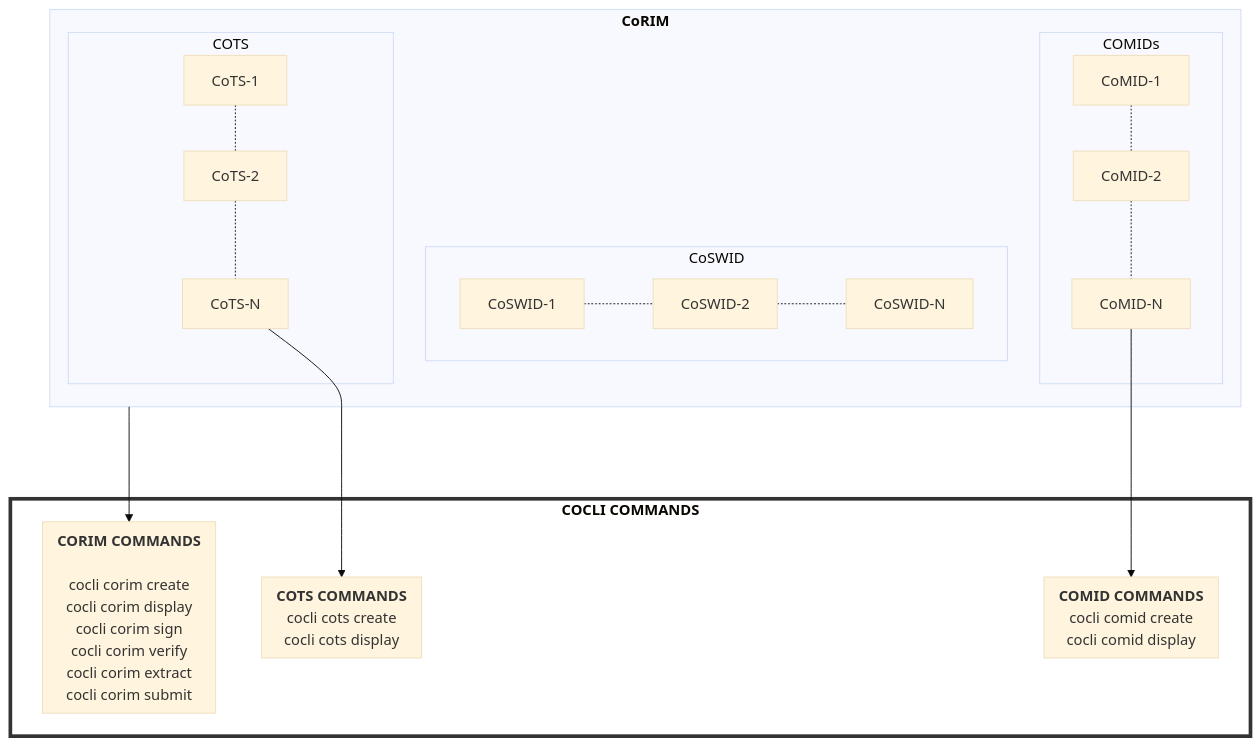
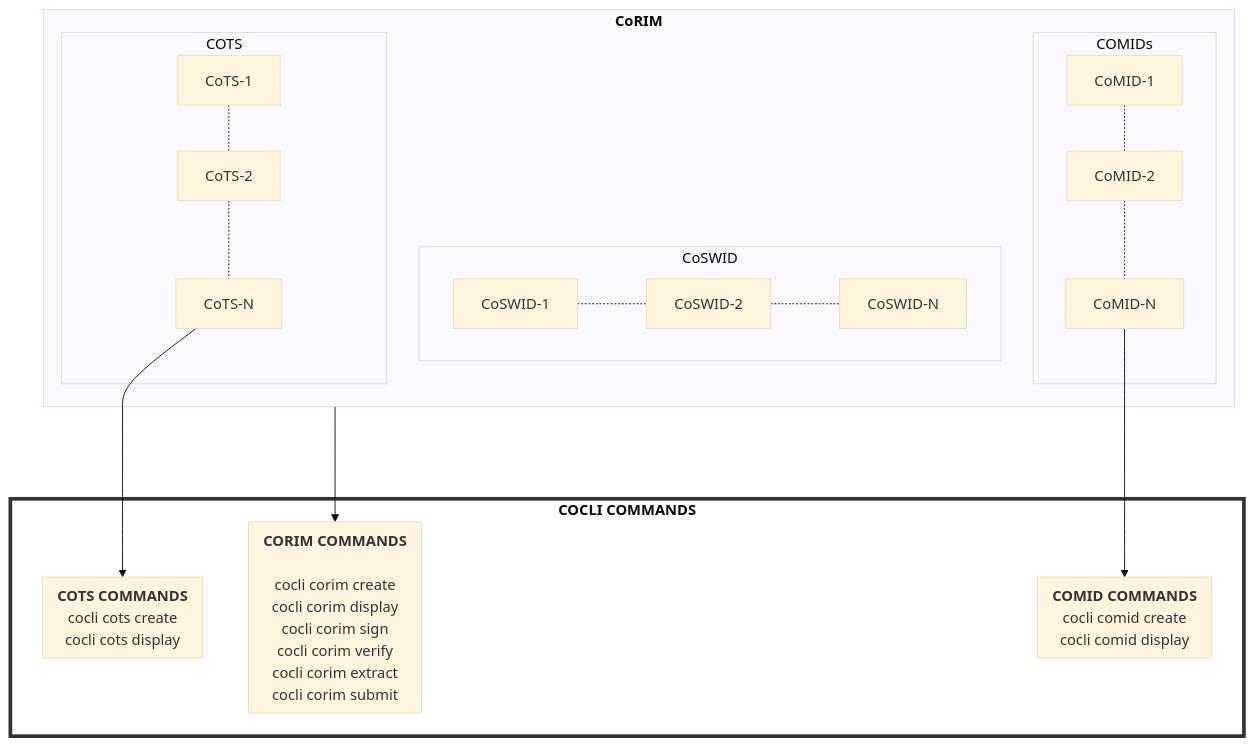
One commit to yogeshbdeshpande/veraison-cca-integration changed the diagram in test-diagram.md. Above: the diagram before and after it, drawn with Mermaid (base theme).

````diff
--- a/test-diagram.md
+++ b/test-diagram.md
@@ -1,43 +1,44 @@
 ```mermaid 
 flowchart TD
   subgraph COCLI["<b>COCLI COMMANDS</b>"]
     style COCLI fill:#ffffff, stroke:#333,stroke-width:4px
     subgraph COMIDCMD["<b>COMID COMMANDS</b> \n cocli comid create \n cocli comid display"]
     end
-    subgraph COTSCMD["<b>COTS COMMANDS</b> \n cocli cots create \n cocli cots display"]
-    end
+
     subgraph CORIMCMD["<b>CORIM COMMANDS</b> \n
         cocli corim create \n cocli corim display \n cocli corim sign \n cocli corim verify\n cocli corim extract\n cocli corim submit"]
+    end
+    subgraph COTSCMD["<b>COTS COMMANDS</b> \n cocli cots create \n cocli cots display"]
     end
   end
  CORIM ---> CORIMCMD
 subgraph CORIM["<b>CoRIM</b>"]
       subgraph CoMID["COMIDs\n"]
         CM3["CoMID-N"]
         CM2["CoMID-2"]
         CM1["CoMID-1"]
         CM1  -.- CM2
         CM2  -.- CM3
         CM3 ---> COMIDCMD
      end
      
     subgraph CoSWID["CoSWID\n"]
         CSW1["CoSWID-1"]
         CSW2["CoSWID-2"]
         CSW3["CoSWID-N"]
         CSW1  -.- CSW2
         CSW2 -.- CSW3
     end
 
     subgraph CoTS["COTS\n"]
         CS3["CoTS-N"]
         CS2["CoTS-2"]
         CS1["CoTS-1"]
         CS1  -.- CS2
         CS2  -.- CS3
         CS3 ---> COTSCMD
     end
 
 end
  
 ```
````
